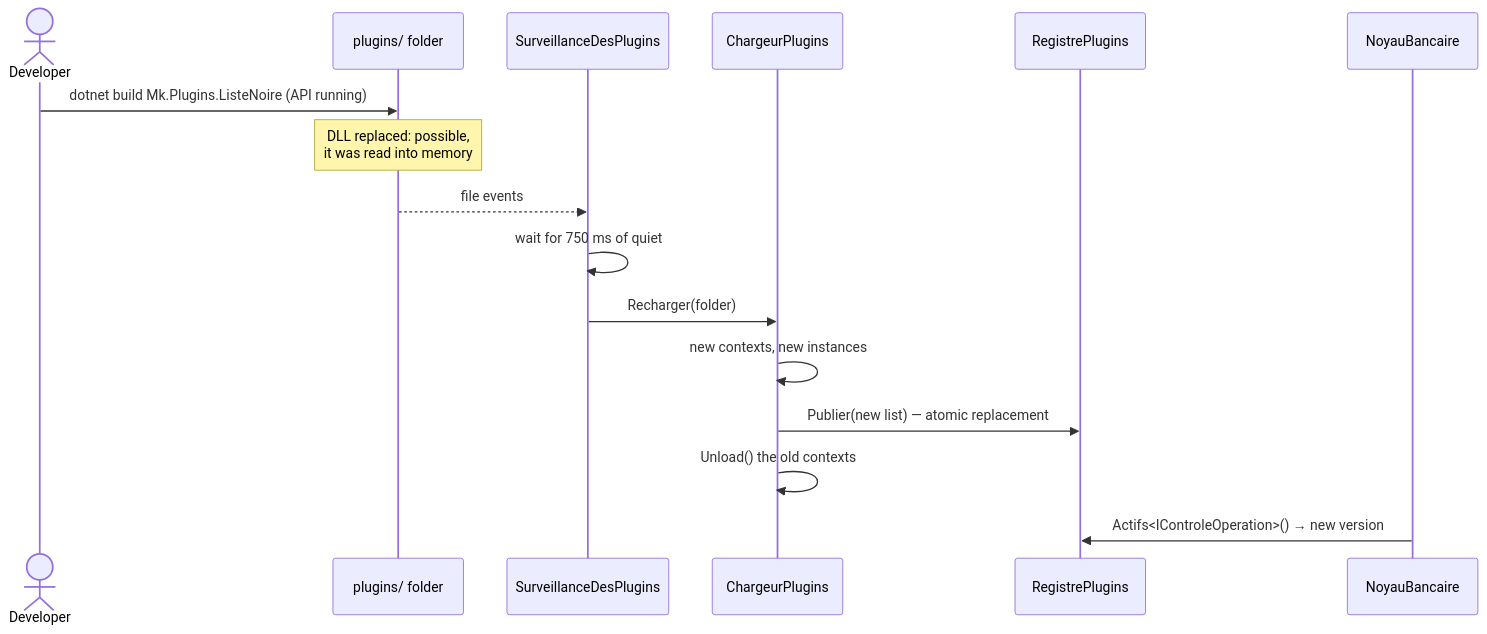
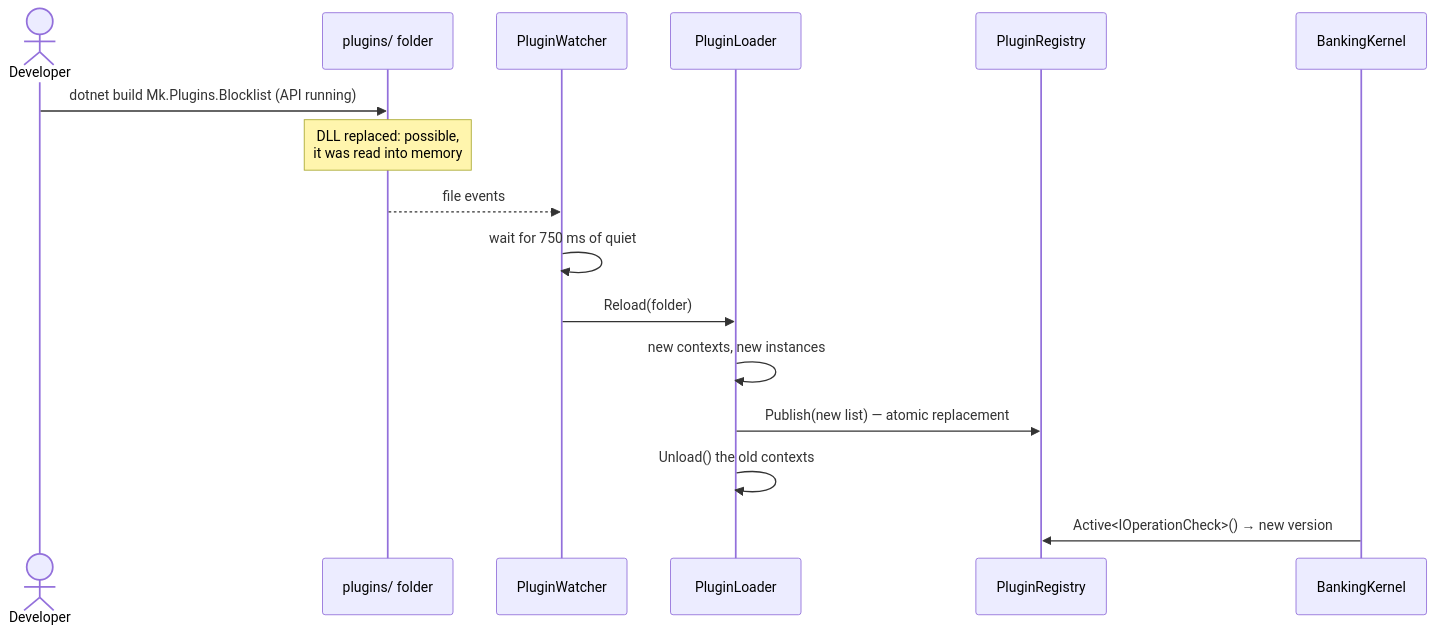
One commit to drangoht/ArchitecturesDemo changed the fifth of 5 diagrams in Docs/en/13-microkernel.md. Above: the diagram before and after it, drawn with Mermaid. The commit also changed other lines of this file and 78 other files, not shown here.

First line of the commit message:
Docs EN : identifiants, liens, diagrammes et sorties alignés sur le code anglais

````diff
--- a/Docs/en/13-microkernel.md
+++ b/Docs/en/13-microkernel.md
@@ -298,18 +298,18 @@
 ```mermaid
 sequenceDiagram
     actor Dev as Developer
     participant FS as plugins/ folder
-    participant S as SurveillanceDesPlugins
-    participant C as ChargeurPlugins
-    participant R as RegistrePlugins
-    participant N as NoyauBancaire
-    Dev->>FS: dotnet build Mk.Plugins.ListeNoire (API running)
+    participant S as PluginWatcher
+    participant C as PluginLoader
+    participant R as PluginRegistry
+    participant N as BankingKernel
+    Dev->>FS: dotnet build Mk.Plugins.Blocklist (API running)
     Note over FS: DLL replaced: possible,<br/>it was read into memory
     FS-->>S: file events
     S->>S: wait for 750 ms of quiet
-    S->>C: Recharger(folder)
+    S->>C: Reload(folder)
     C->>C: new contexts, new instances
-    C->>R: Publier(new list) — atomic replacement
+    C->>R: Publish(new list) — atomic replacement
     C->>C: Unload() the old contexts
-    N->>R: Actifs<IControleOperation>() → new version
+    N->>R: Active<IOperationCheck>() → new version
 ```
````
